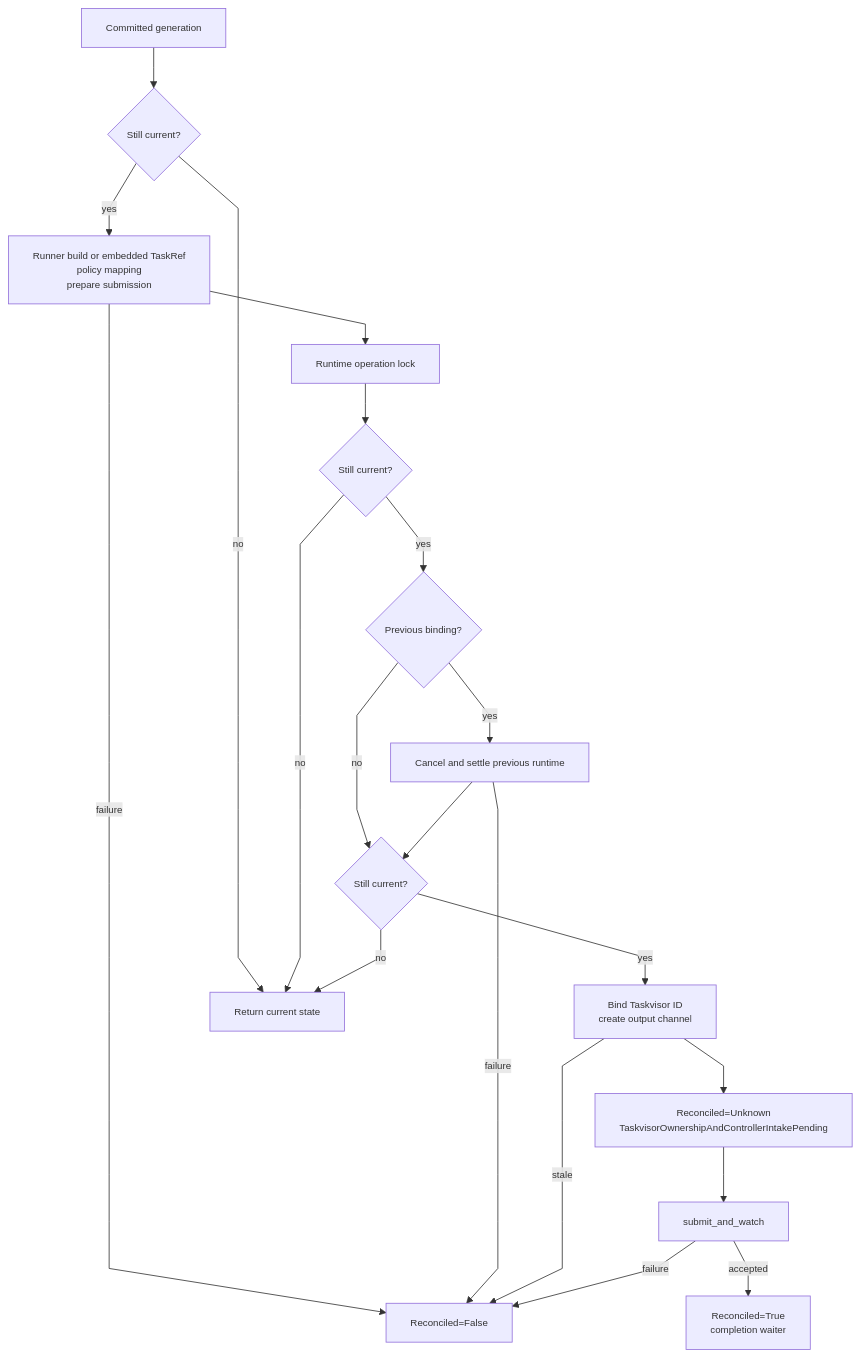
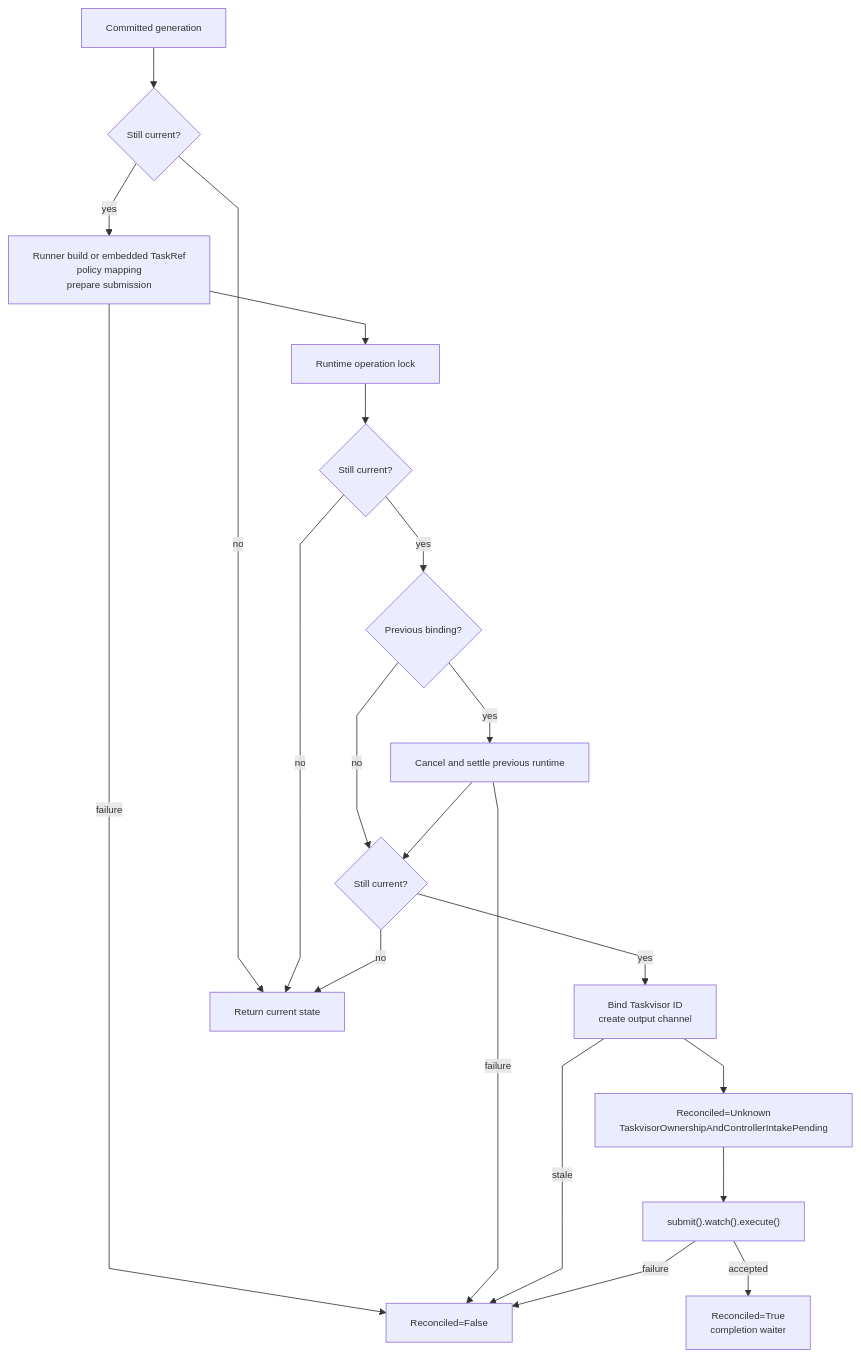
The fifth of 8 diagrams in crates/solti-core/ARCHITECTURE.md (soltiHQ/sdk), drawn with Mermaid before and after one commit. The commit also changed other lines of this file and 93 other files, not shown here.

````diff
--- a/crates/solti-core/ARCHITECTURE.md
+++ b/crates/solti-core/ARCHITECTURE.md
@@ -218,38 +218,38 @@
 ```mermaid
 %%{init: {"flowchart": {"curve": "linear"}, "themeVariables": {"fontSize": "12px"}}}%%
 flowchart TB
     Desired["Committed generation"]
     Current1{"Still current?"}
     Preflight["Runner build or embedded TaskRef<br/>policy mapping<br/>prepare submission"]
     RuntimeLock["Runtime operation lock"]
     Current2{"Still current?"}
     Previous{"Previous binding?"}
     Cancel["Cancel and settle previous runtime"]
     Current3{"Still current?"}
     Bind["Bind Taskvisor ID<br/>create output channel"]
     IntakePending["Reconciled=Unknown<br/>TaskvisorOwnershipAndControllerIntakePending"]
-    Submit["submit_and_watch"]
+    Submit["submit().watch().execute()"]
     Accepted["Reconciled=True<br/>completion waiter"]
     Failed["Reconciled=False"]
     Stale["Return current state"]
 
     Desired --> Current1
     Current1 -->|no| Stale
     Current1 -->|yes| Preflight
     Preflight -->|failure| Failed
     Preflight --> RuntimeLock
     RuntimeLock --> Current2
     Current2 -->|no| Stale
     Current2 -->|yes| Previous
     Previous -->|yes| Cancel
     Previous -->|no| Current3
     Cancel -->|failure| Failed
     Cancel --> Current3
     Current3 -->|no| Stale
     Current3 -->|yes| Bind
     Bind -->|stale| Failed
     Bind --> IntakePending
     IntakePending --> Submit
     Submit -->|failure| Failed
     Submit -->|accepted| Accepted
 ```
````
